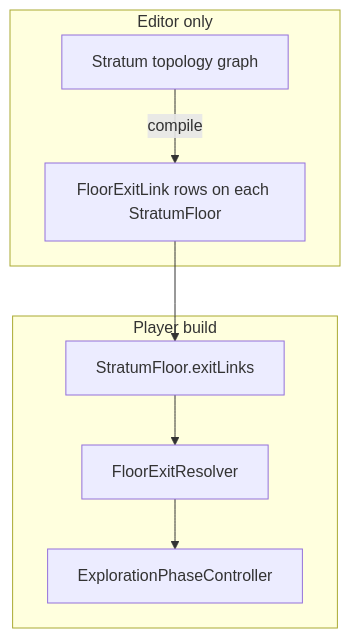
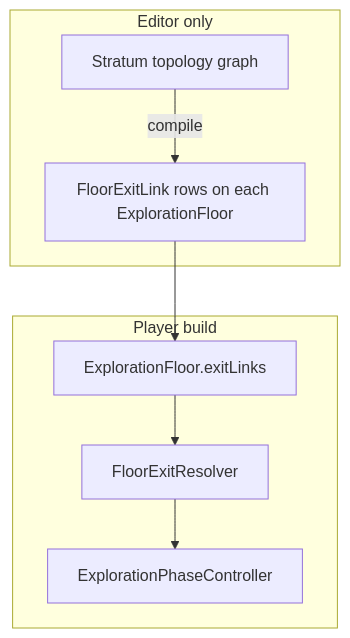
Before and after one commit to miramocha/griddungeon-design-docs: the diagram in decisions/040-floor-exit-topology-graph.md, drawn with Mermaid. The commit also changed other lines of this file and 21 other files, not shown here.

Commit message:
docs: rename StratumFloor to ExplorationFloor (#254)

````diff
--- a/decisions/040-floor-exit-topology-graph.md
+++ b/decisions/040-floor-exit-topology-graph.md
@@ -72,13 +72,13 @@
 ```mermaid
 flowchart TB
   subgraph editor [Editor only]
     GT[Stratum topology graph]
-    GT -->|compile| Links[FloorExitLink rows on each StratumFloor]
+    GT -->|compile| Links[FloorExitLink rows on each ExplorationFloor]
   end
   subgraph runtime [Player build]
-    SF[StratumFloor.exitLinks]
+    SF[ExplorationFloor.exitLinks]
     SF --> Resolver[FloorExitResolver]
     Resolver --> EPC[ExplorationPhaseController]
   end
   Links --> SF
 ```
````
